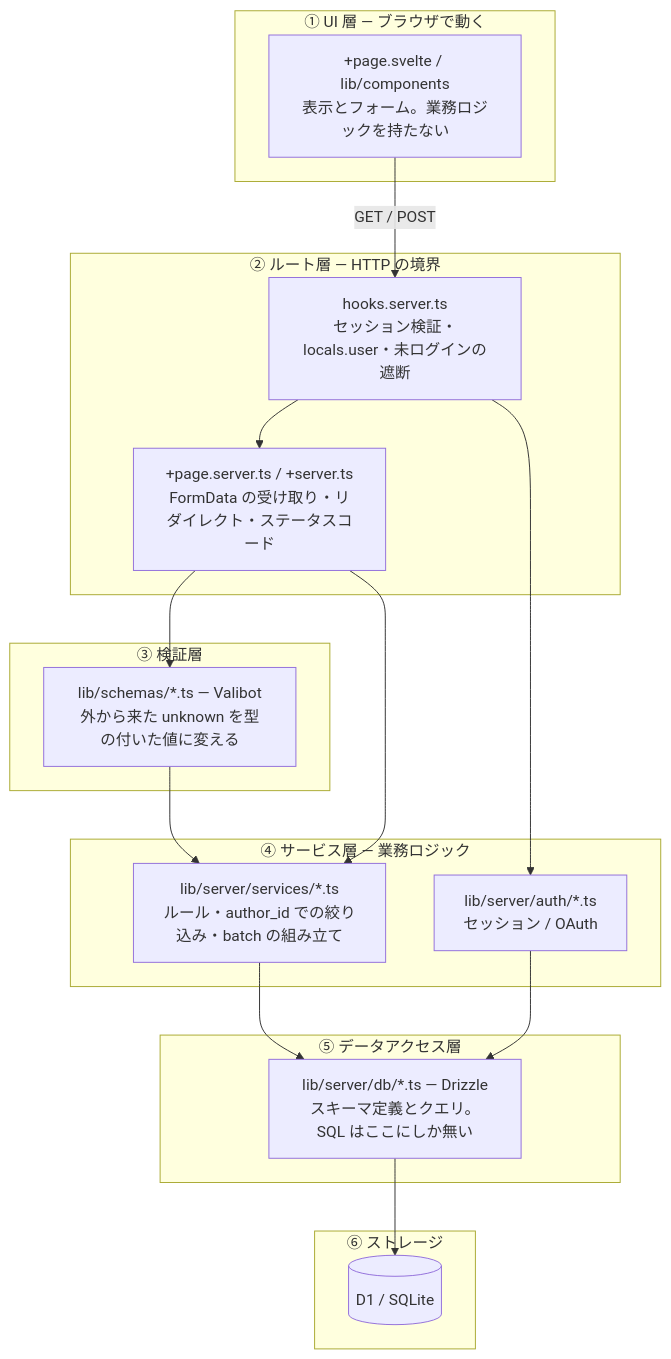
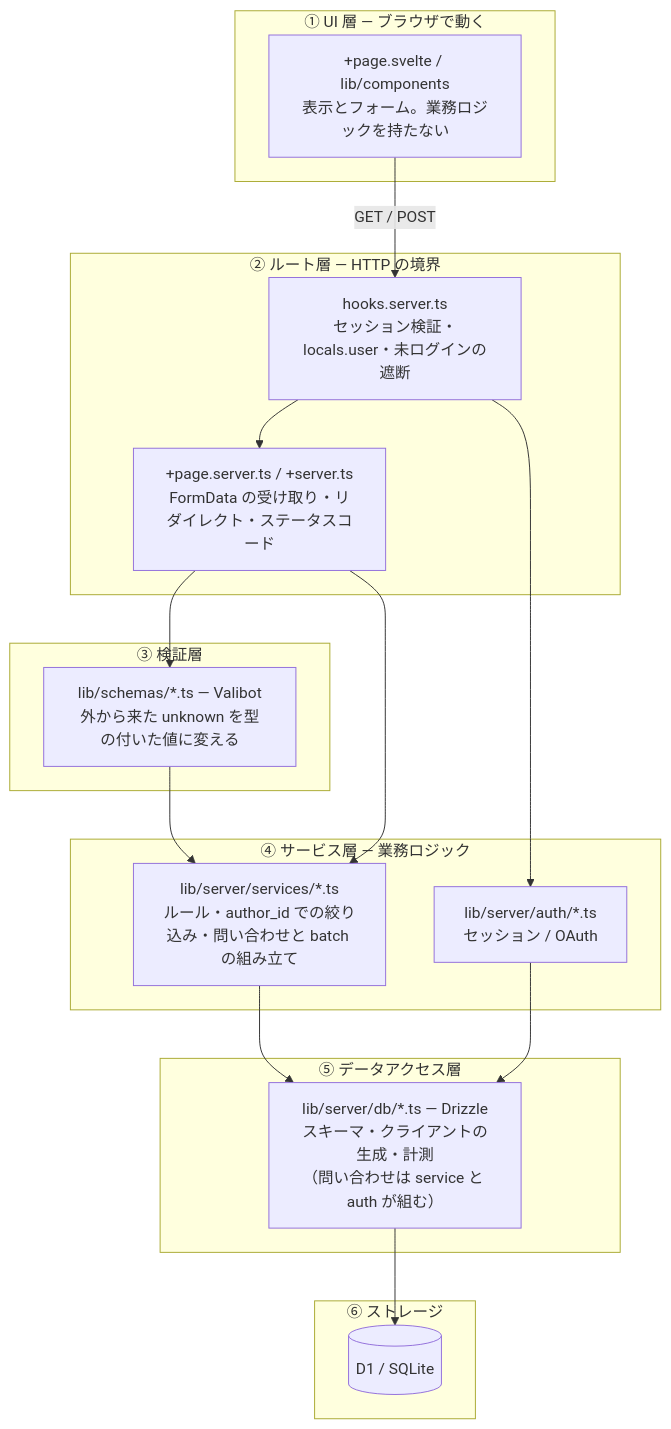
Before and after one commit to Atoyr/keiba-note: the second of 11 diagrams in docs/architecture.md, drawn with Mermaid. The commit also changed other lines of this file and 56 other files, not shown here.

````diff
--- a/docs/architecture.md
+++ b/docs/architecture.md
@@ -149,38 +139,38 @@
 ```mermaid
 flowchart TB
     subgraph L1["① UI 層 — ブラウザで動く"]
         C["+page.svelte / lib/components<br/>表示とフォーム。業務ロジックを持たない"]
     end
 
     subgraph L2["② ルート層 — HTTP の境界"]
         H["hooks.server.ts<br/>セッション検証・locals.user・未ログインの遮断"]
         R["+page.server.ts / +server.ts<br/>FormData の受け取り・リダイレクト・ステータスコード"]
     end
 
     subgraph L3["③ 検証層"]
         V["lib/schemas/*.ts — Valibot<br/>外から来た unknown を型の付いた値に変える"]
     end
 
     subgraph L4["④ サービス層 — 業務ロジック"]
-        S["lib/server/services/*.ts<br/>ルール・author_id での絞り込み・batch の組み立て"]
+        S["lib/server/services/*.ts<br/>ルール・author_id での絞り込み・問い合わせと batch の組み立て"]
         AU["lib/server/auth/*.ts<br/>セッション / OAuth"]
     end
 
     subgraph L5["⑤ データアクセス層"]
-        Q["lib/server/db/*.ts — Drizzle<br/>スキーマ定義とクエリ。SQL はここにしか無い"]
+        Q["lib/server/db/*.ts — Drizzle<br/>スキーマ・クライアントの生成・計測<br/>（問い合わせは service と auth が組む）"]
     end
 
     subgraph L6["⑥ ストレージ"]
         D[("D1 / SQLite")]
     end
 
     C -->|"GET / POST"| H
     H --> R
     R --> V
     V --> S
     R --> S
     S --> Q
     AU --> Q
     H --> AU
     Q --> D
 ```
````
